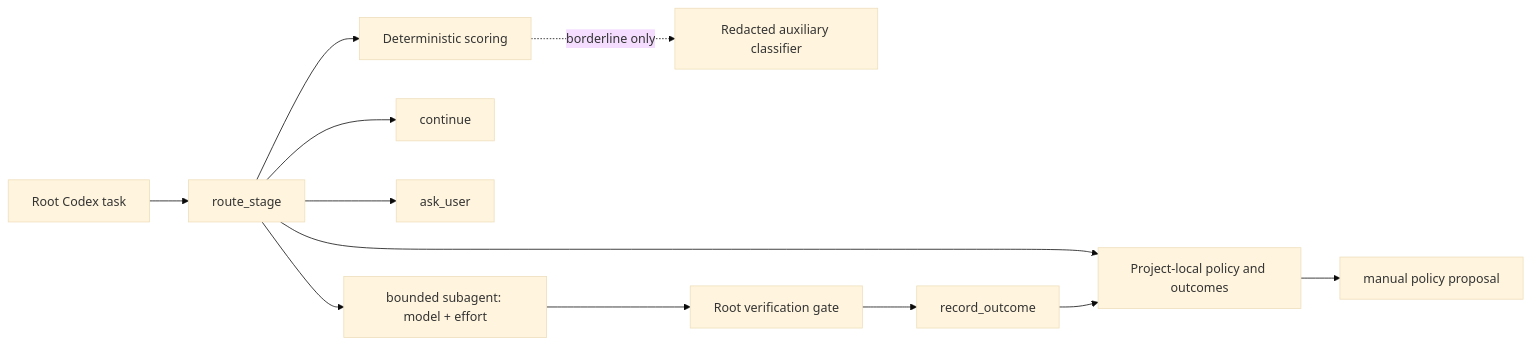
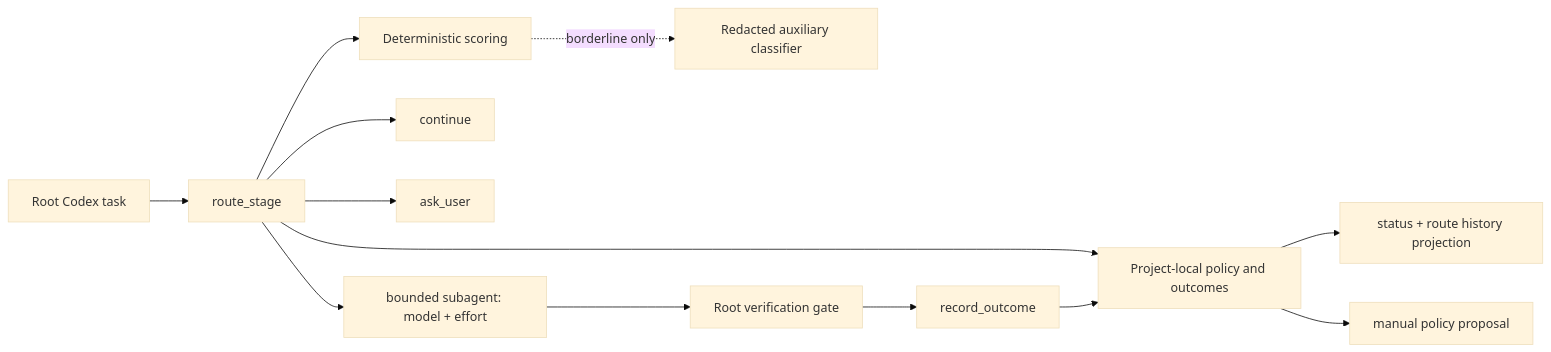
The diagram in docs/ARCHITECTURE.md (Neil0619/adaptive-model-router), drawn with Mermaid (base theme) before and after one commit. The commit also changed other lines of this file and 23 other files, not shown here.

Commit message:
feat: show route targets and history

````diff
--- a/docs/ARCHITECTURE.md
+++ b/docs/ARCHITECTURE.md
@@ -9,14 +9,15 @@
 ```mermaid
 flowchart LR
     Root["Root Codex task"] --> Route["route_stage"]
     Route --> Deterministic["Deterministic scoring"]
     Deterministic -. "borderline only" .-> Classifier["Redacted auxiliary classifier"]
     Route --> SQLite["Project-local policy and outcomes"]
     Route --> Continue["continue"]
     Route --> Ask["ask_user"]
     Route --> Delegate["bounded subagent: model + effort"]
     Delegate --> Verify["Root verification gate"]
     Verify --> Outcome["record_outcome"]
     Outcome --> SQLite
+    SQLite --> History["status + route history projection"]
     SQLite --> Proposal["manual policy proposal"]
 ```
````
